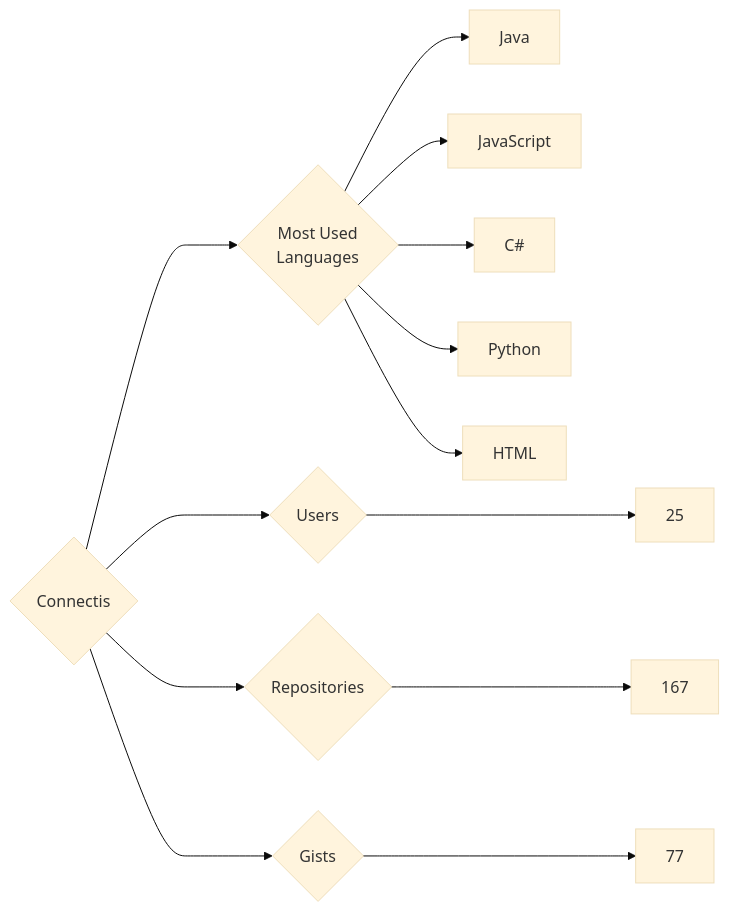
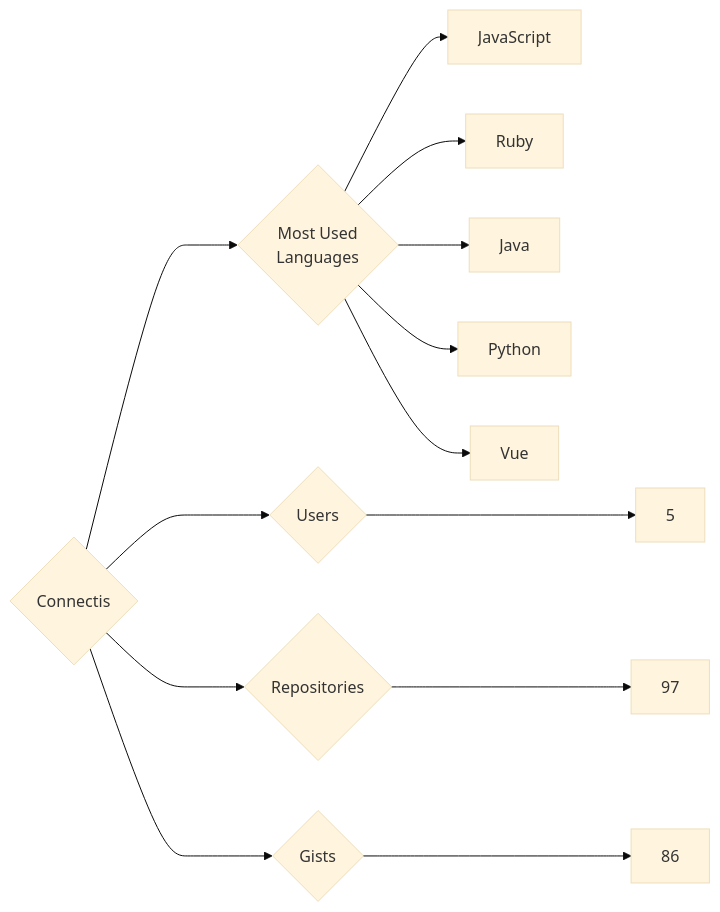
One commit to trickest/insiders changed the diagram in targets/Connectis/README.md. Above: the diagram before and after it, drawn with Mermaid (base theme). The commit also changed 745 other files, not shown here.

````diff
--- a/targets/Connectis/README.md
+++ b/targets/Connectis/README.md
@@ -3,13 +3,13 @@
 ```mermaid
 graph LR
 COMPANY_NAME{Connectis}
-COMPANY_NAME ---> U{Users} ---> UN[25]
-COMPANY_NAME ---> R{Repositories} ---> RN[167]
-COMPANY_NAME ---> G{Gists} ---> GN[77]
+COMPANY_NAME ---> U{Users} ---> UN[5]
+COMPANY_NAME ---> R{Repositories} ---> RN[97]
+COMPANY_NAME ---> G{Gists} ---> GN[86]
 COMPANY_NAME ---> ML{Most Used<br>Languages}
+ML --> JavaScript[JavaScript]
+ML --> Ruby[Ruby]
 ML --> Java[Java]
-ML --> JavaScript[JavaScript]
-ML --> C#[C#]
 ML --> Python[Python]
-ML --> HTML[HTML]
+ML --> Vue[Vue]
 ```
````
